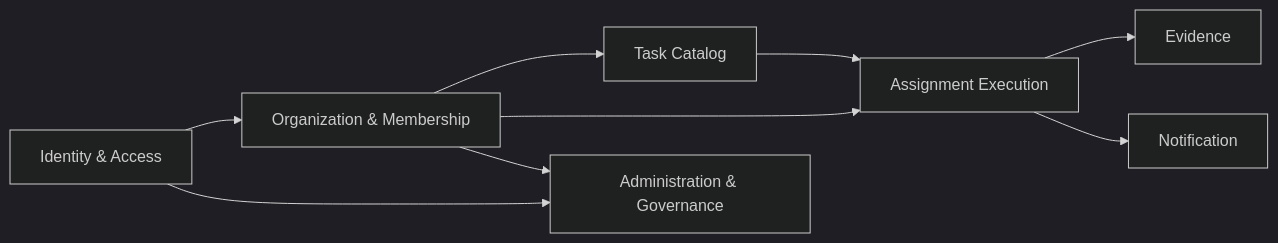
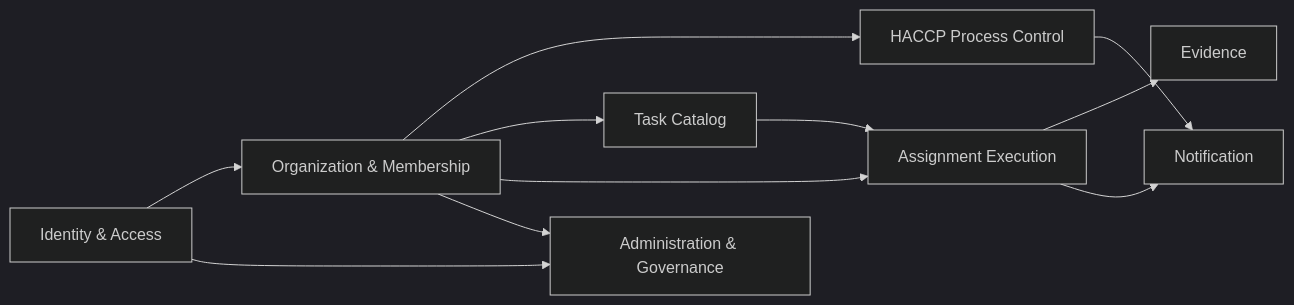
Before and after one commit to DanielLipowicz/Alfee: the diagram in docs/dokumentacja-projektowa.md, drawn with Mermaid (dark theme). The commit also changed other lines of this file and 39 other files, not shown here.

````diff
--- a/docs/dokumentacja-projektowa.md
+++ b/docs/dokumentacja-projektowa.md
@@ -205,11 +284,13 @@
 ```mermaid
 flowchart LR
     IAM["Identity & Access"] --> ORG["Organization & Membership"]
+    ORG --> HACCP["HACCP Process Control"]
     ORG --> TASK["Task Catalog"]
     ORG --> ASSIGN["Assignment Execution"]
     TASK --> ASSIGN
     ASSIGN --> EVID["Evidence"]
     ASSIGN --> NOTIF["Notification"]
+    HACCP --> NOTIF
     IAM --> ADMIN["Administration & Governance"]
     ORG --> ADMIN
 ```
````
